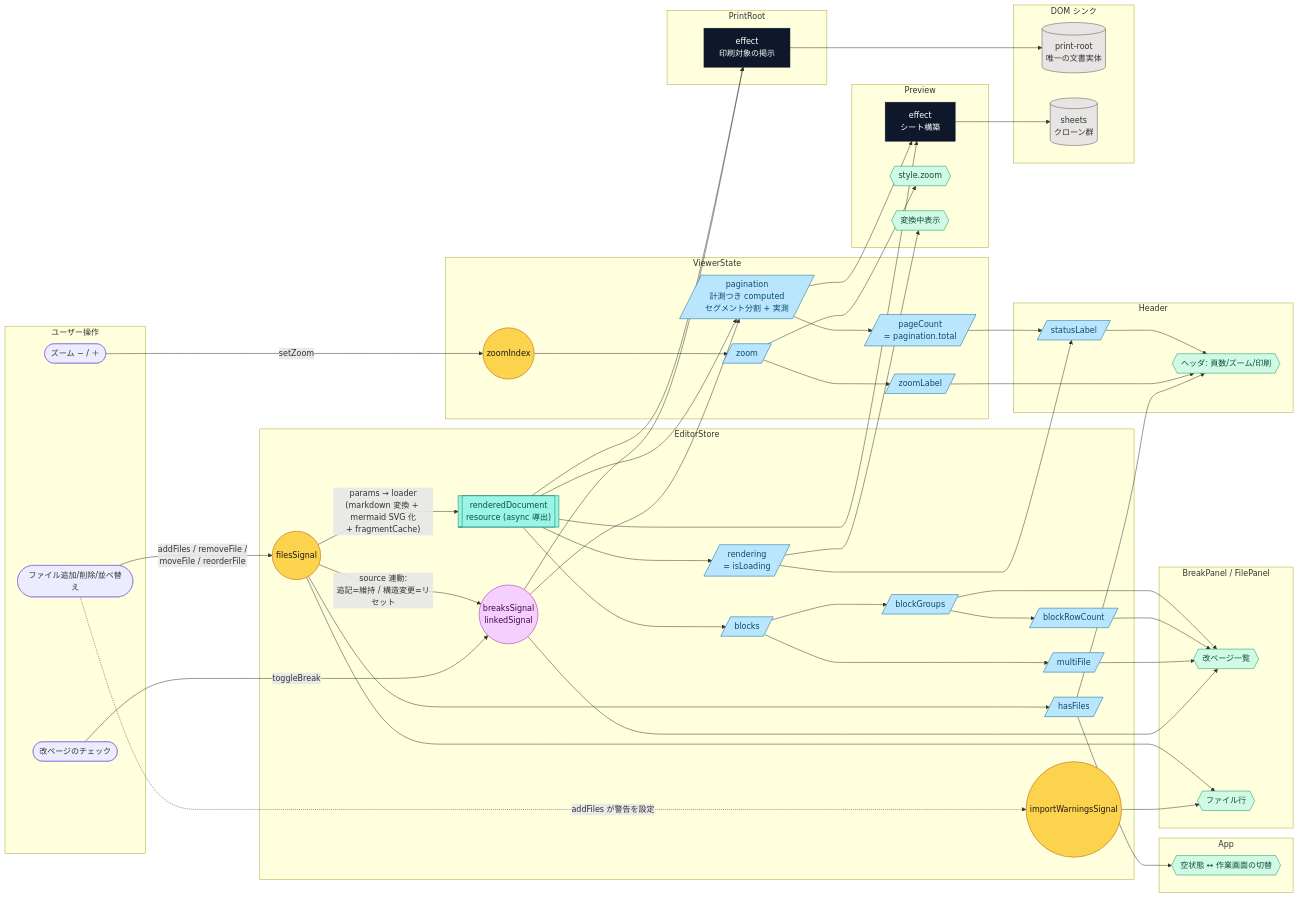
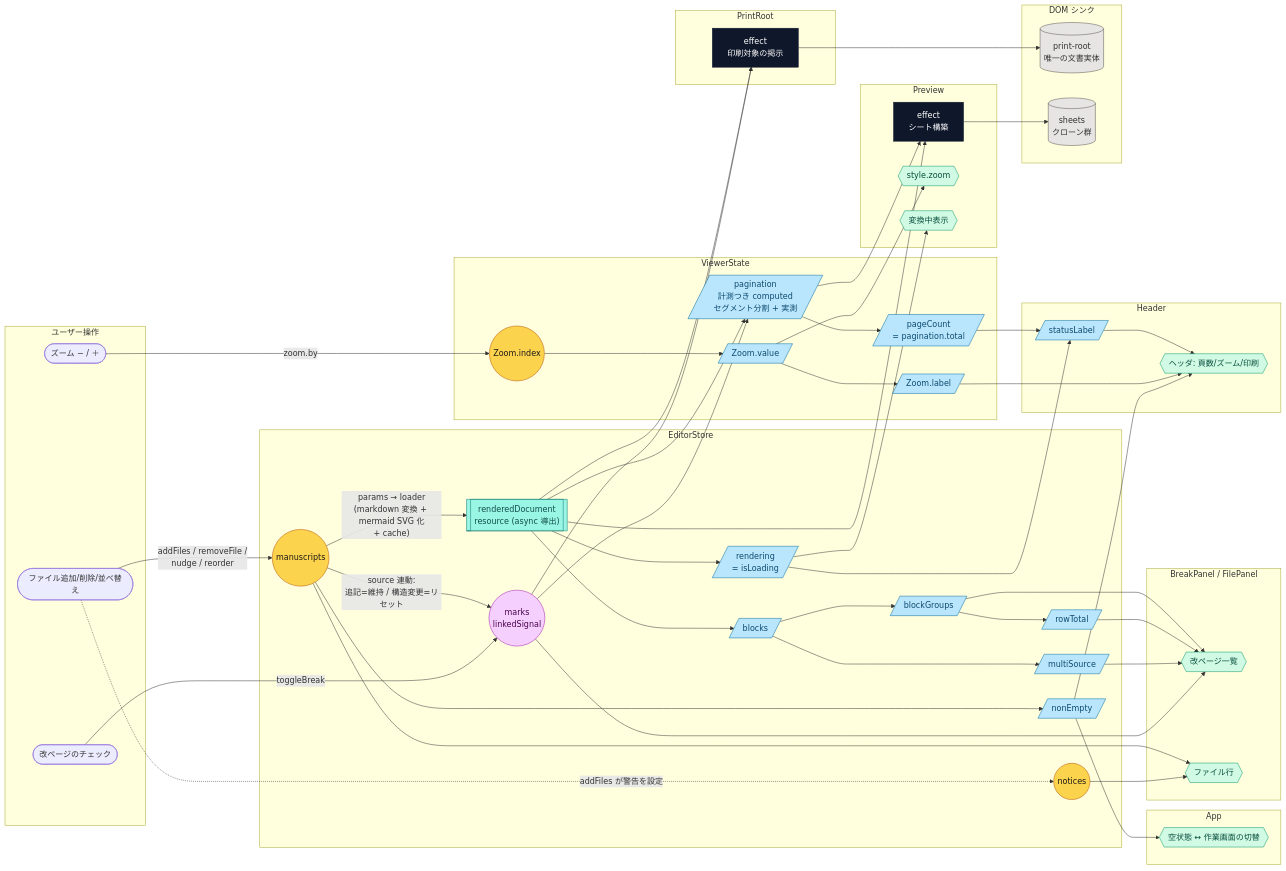
The diagram in docs/signal-graph.md (lacolaco/printmd), drawn with Mermaid before and after one commit. The commit also changed other lines of this file and 36 other files, not shown here.

```diff
--- a/docs/signal-graph.md
+++ b/docs/signal-graph.md
@@ -17,24 +17,24 @@
   end
 
   subgraph Store["EditorStore"]
-    S1((filesSignal))
-    S2((breaksSignal<br/>linkedSignal))
+    S1((manuscripts))
+    S2((marks<br/>linkedSignal))
     S4[["renderedDocument<br/>resource (async 導出)"]]
     S3[/rendering<br/>= isLoading/]
-    S5((importWarningsSignal))
-    C1[/hasFiles/]
+    S5((notices))
+    C1[/nonEmpty/]
     C2[/blocks/]
     C3[/blockGroups/]
-    C4[/blockRowCount/]
-    C5[/multiFile/]
+    C4[/rowTotal/]
+    C5[/multiSource/]
   end
 
   subgraph Viewer["ViewerState"]
-    V1((zoomIndex))
+    V1((Zoom.index))
     V3[/pagination<br/>計測つき computed<br/>セグメント分割 + 実測/]
     V2[/pageCount<br/>= pagination.total/]
-    VC1[/zoom/]
-    VC2[/zoomLabel/]
+    VC1[/Zoom.value/]
+    VC2[/Zoom.label/]
   end
 
   subgraph HeaderC["Header"]
@@ -66,12 +66,12 @@
     D2[(sheets<br/>クローン群)]
   end
 
-  A1 -- "addFiles / removeFile /<br/>moveFile / reorderFile" --> S1
+  A1 -- "addFiles / removeFile /<br/>nudge / reorder" --> S1
   S1 -- "source 連動:<br/>追記=維持 / 構造変更=リセット" --> S2
   A2 -- toggleBreak --> S2
-  A3 -- setZoom --> V1
+  A3 -- zoom.by --> V1
 
-  S1 -- "params → loader<br/>(markdown 変換 + mermaid SVG 化<br/>+ fragmentCache)" --> S4
+  S1 -- "params → loader<br/>(markdown 変換 + mermaid SVG 化<br/>+ cache)" --> S4
   S4 --> S3
   A1 -. "addFiles が警告を設定" .-> S5
 
```
